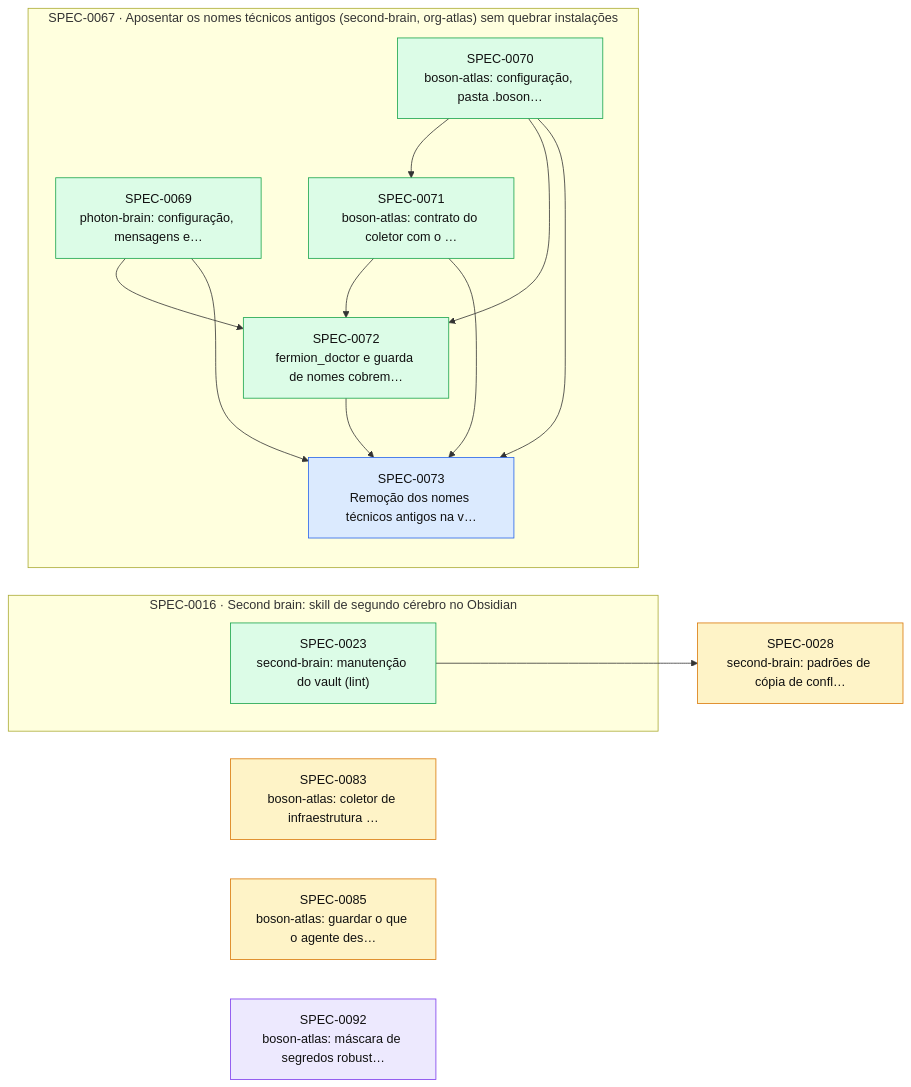
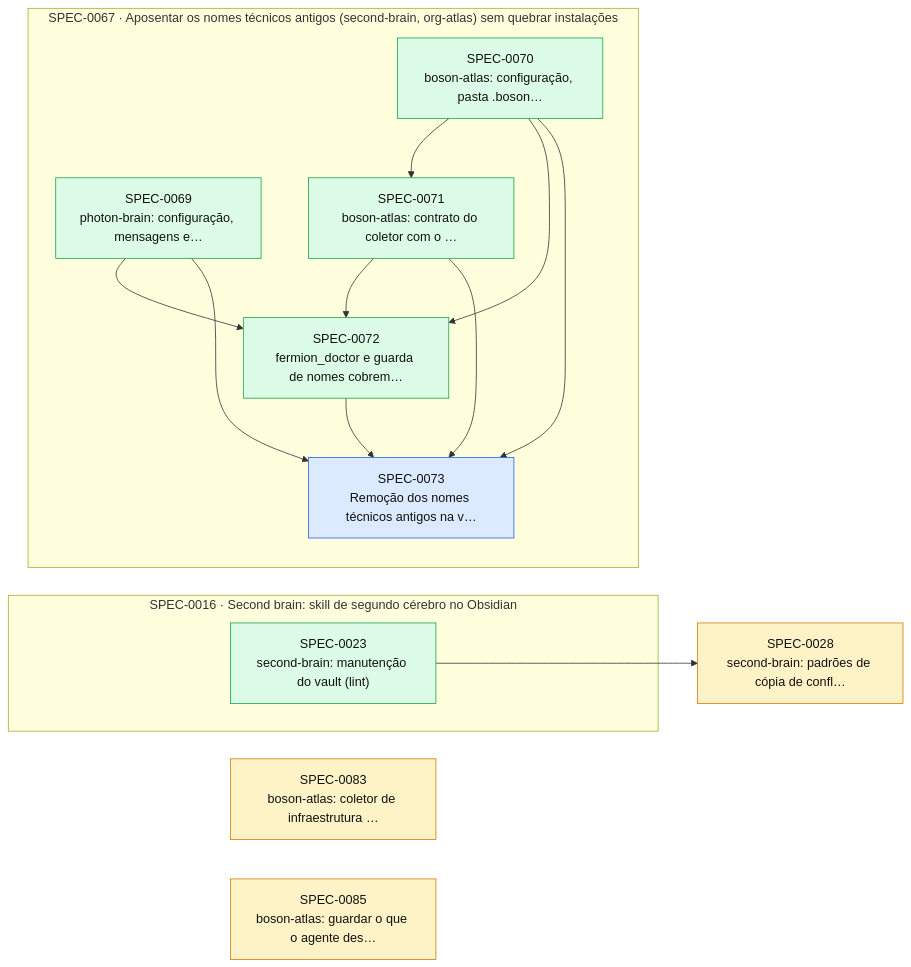
Before and after one commit to thomasravache/ai-dev-brain: the diagram in docs/specs/INDEX.md, drawn with Mermaid. The commit also changed other lines of this file and 1 other file, not shown here.

First line of the commit message:
docs(specs): G7 e fechamento da SPEC-0092

````diff
--- a/docs/specs/INDEX.md
+++ b/docs/specs/INDEX.md
@@ -65,31 +64,30 @@
 ```mermaid
 flowchart LR
   S0028["SPEC-0028<br/>second-brain: padrões de cópia de confl…"]:::proposed
   S0083["SPEC-0083<br/>boson-atlas: coletor de infraestrutura …"]:::proposed
   S0085["SPEC-0085<br/>boson-atlas: guardar o que o agente des…"]:::proposed
-  S0092["SPEC-0092<br/>boson-atlas: máscara de segredos robust…"]:::inprogress
   subgraph E0016["SPEC-0016 · Second brain: skill de segundo cérebro no Obsidian"]
     S0023["SPEC-0023<br/>second-brain: manutenção do vault (lint)"]:::implemented
   end
   subgraph E0067["SPEC-0067 · Aposentar os nomes técnicos antigos (second-brain, org-atlas) sem quebrar instalações"]
     S0069["SPEC-0069<br/>photon-brain: configuração, mensagens e…"]:::implemented
     S0070["SPEC-0070<br/>boson-atlas: configuração, pasta .boson…"]:::implemented
     S0071["SPEC-0071<br/>boson-atlas: contrato do coletor com o …"]:::implemented
     S0072["SPEC-0072<br/>fermion_doctor e guarda de nomes cobrem…"]:::implemented
     S0073["SPEC-0073<br/>Remoção dos nomes técnicos antigos na v…"]:::approved
   end
   S0023 --> S0028
   S0070 --> S0071
   S0069 --> S0072
   S0070 --> S0072
   S0071 --> S0072
   S0069 --> S0073
   S0070 --> S0073
   S0071 --> S0073
   S0072 --> S0073
   classDef proposed fill:#fef3c7,stroke:#d97706,color:#111
   classDef approved fill:#dbeafe,stroke:#2563eb,color:#111
   classDef inprogress fill:#ede9fe,stroke:#7c3aed,color:#111
   classDef implemented fill:#dcfce7,stroke:#16a34a,color:#111
   classDef deprecated fill:#f3f4f6,stroke:#9ca3af,color:#6b7280
 ```
````
